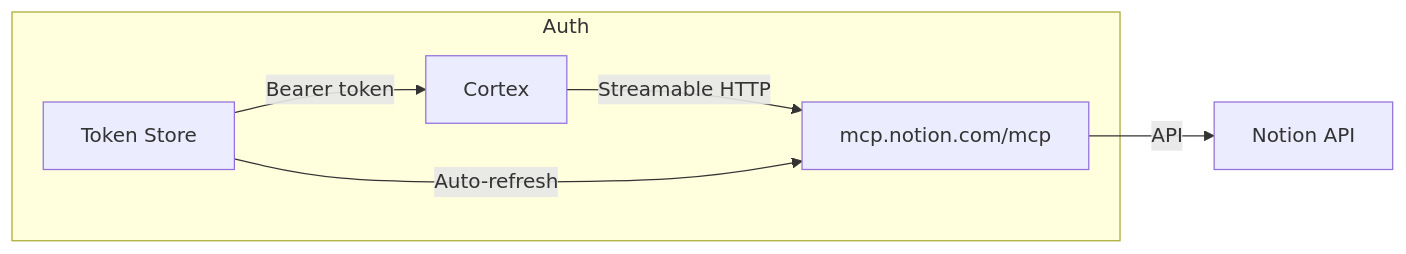
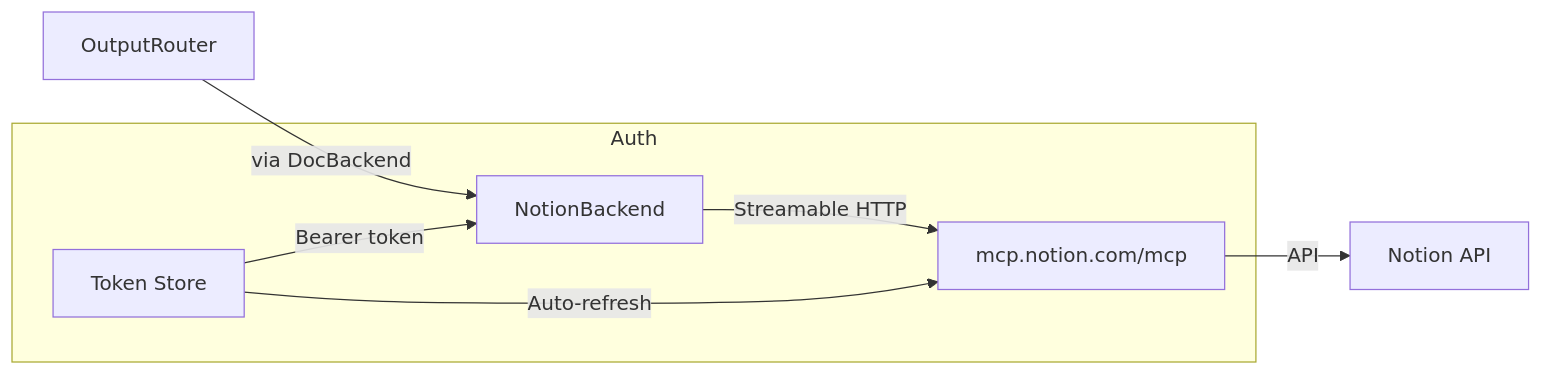
The seventh of 7 diagrams in docs/architecture.md (sarupurisailalith/codebase-cortex), drawn with Mermaid before and after one commit. The commit also changed other lines of this file and 8 other files, not shown here.

````diff
--- a/docs/architecture.md
+++ b/docs/architecture.md
@@ -191,10 +337,11 @@
 ```mermaid
 graph LR
-    CORTEX[Cortex] -->|Streamable HTTP| MCP[mcp.notion.com/mcp]
+    OR[OutputRouter] -->|via DocBackend| NB[NotionBackend]
+    NB -->|Streamable HTTP| MCP[mcp.notion.com/mcp]
     MCP -->|API| NOTION[Notion API]
 
     subgraph Auth
-        TOKEN[Token Store] -->|Bearer token| CORTEX
+        TOKEN[Token Store] -->|Bearer token| NB
         TOKEN -->|Auto-refresh| MCP
     end
 ```
````
